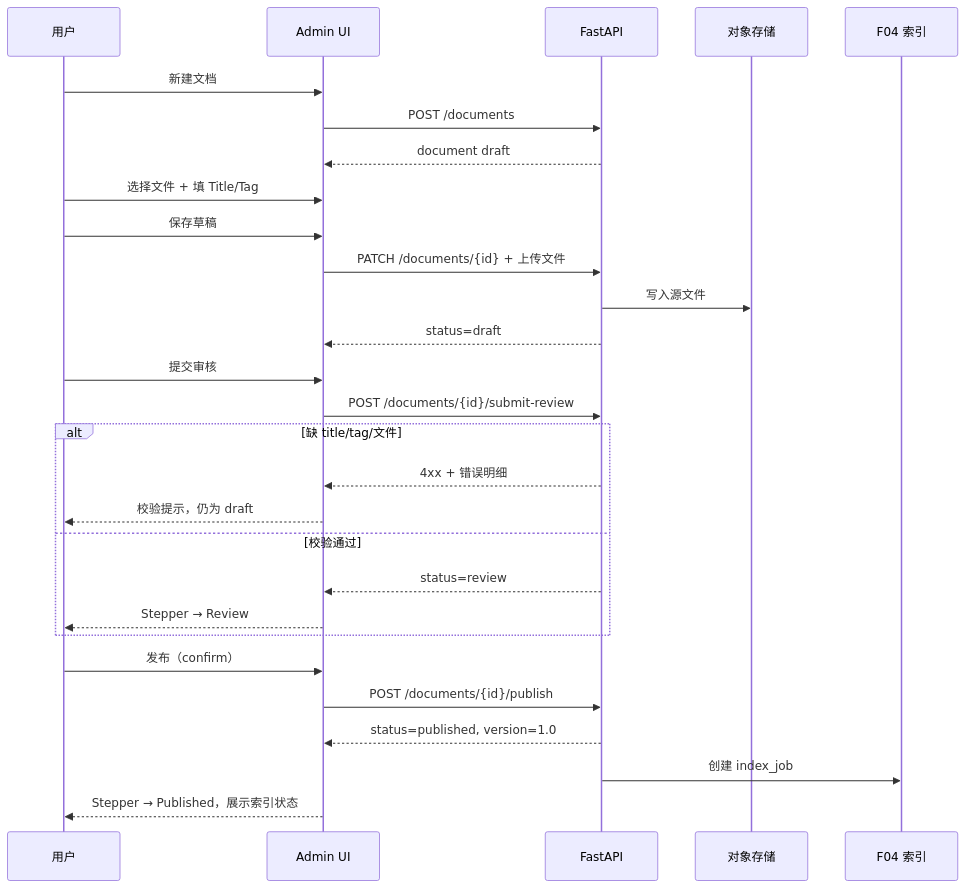
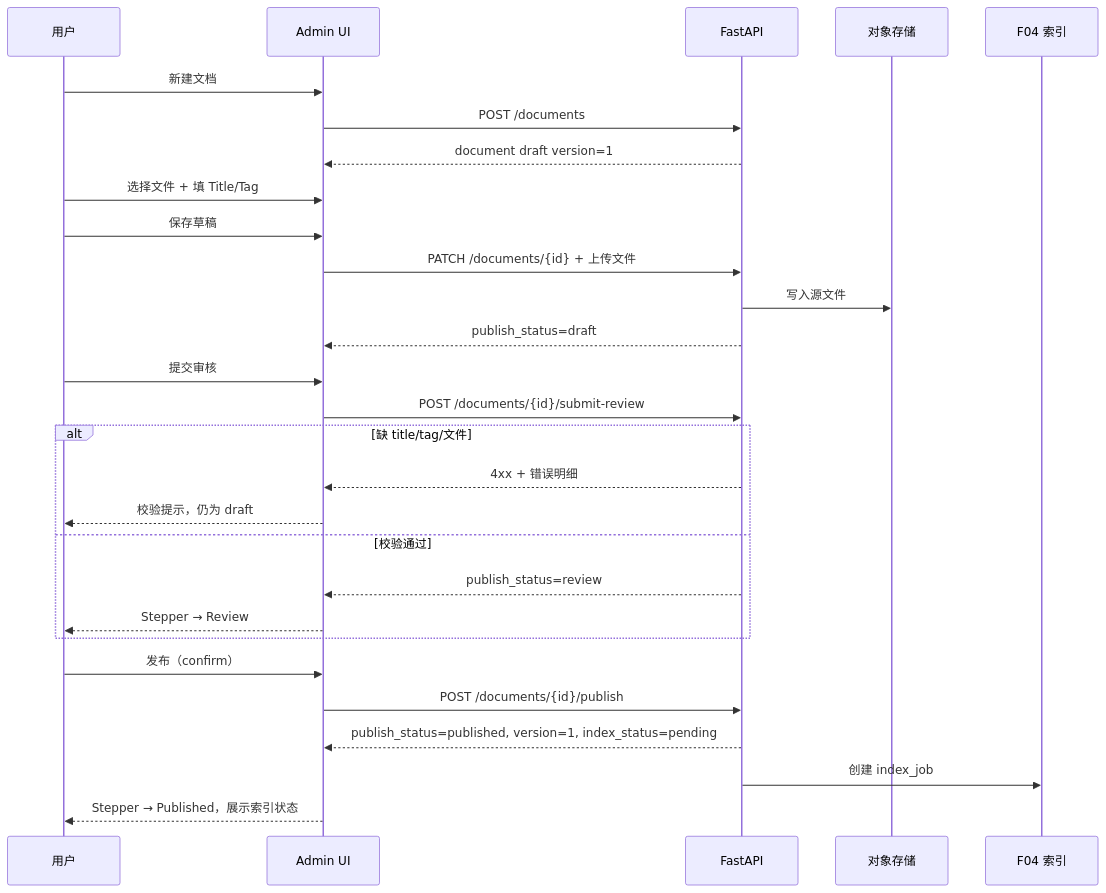
Before and after one commit to zmisi/rag-as-service: the second of 2 diagrams in docs/specs/phase1/features/F03-doc-admin.md, drawn with Mermaid. The commit also changed other lines of this file and 48 other files, not shown here.

````diff
--- a/docs/specs/phase1/features/F03-doc-admin.md
+++ b/docs/specs/phase1/features/F03-doc-admin.md
@@ -174,34 +178,34 @@
 ```mermaid
 sequenceDiagram
   participant U as 用户
   participant UI as Admin UI
   participant API as FastAPI
   participant Store as 对象存储
   participant Idx as F04 索引
 
   U->>UI: 新建文档
   UI->>API: POST /documents
-  API-->>UI: document draft
+  API-->>UI: document draft version=1
 
   U->>UI: 选择文件 + 填 Title/Tag
   U->>UI: 保存草稿
   UI->>API: PATCH /documents/{id} + 上传文件
   API->>Store: 写入源文件
-  API-->>UI: status=draft
+  API-->>UI: publish_status=draft
 
   U->>UI: 提交审核
   UI->>API: POST /documents/{id}/submit-review
   alt 缺 title/tag/文件
     API-->>UI: 4xx + 错误明细
     UI-->>U: 校验提示，仍为 draft
   else 校验通过
-    API-->>UI: status=review
+    API-->>UI: publish_status=review
     UI-->>U: Stepper → Review
   end
 
   U->>UI: 发布（confirm）
   UI->>API: POST /documents/{id}/publish
-  API-->>UI: status=published, version=1.0
+  API-->>UI: publish_status=published, version=1, index_status=pending
   API->>Idx: 创建 index_job
   UI-->>U: Stepper → Published，展示索引状态
 ```
````
